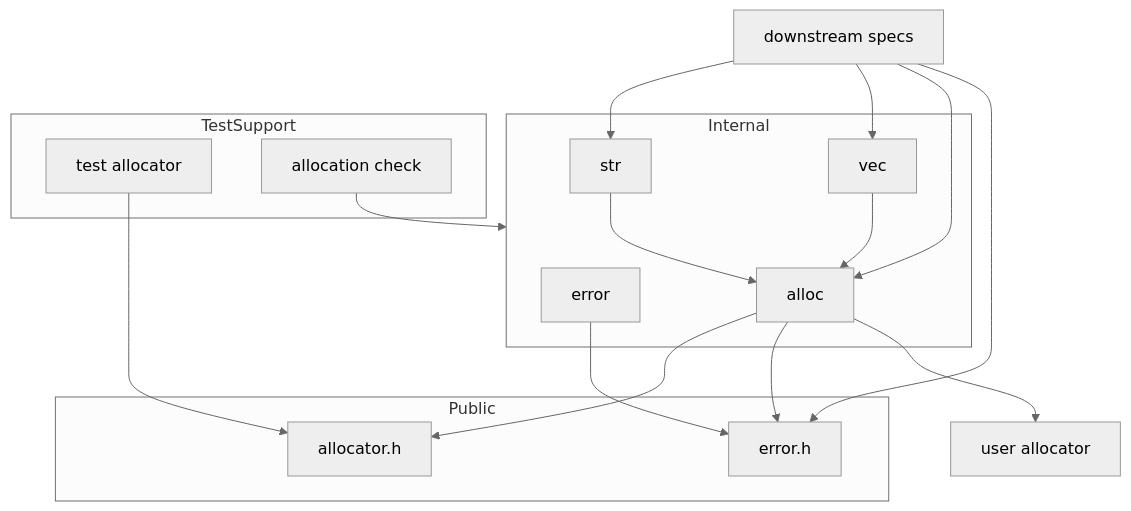
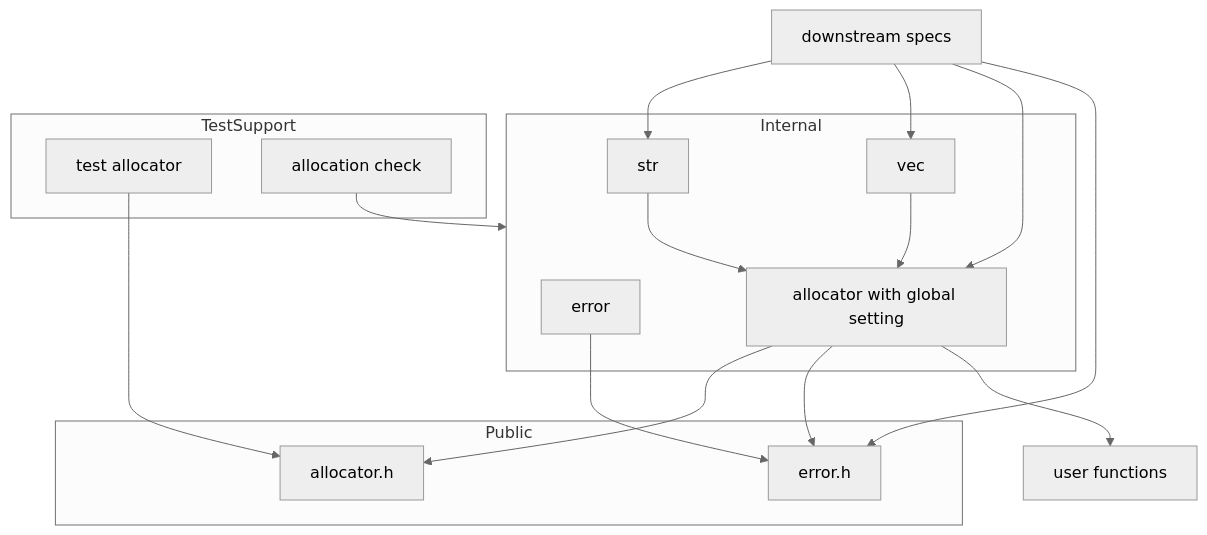
One commit to ktdevx/cargs changed the first of 2 diagrams in .kiro/specs/core-runtime/design.md. Above: the diagram before and after it, drawn with Mermaid (neutral theme). The commit also changed other lines of this file and 3 other files, not shown here.

First line of the commit message:
Rework core-runtime spec for a global allocator

````diff
--- a/.kiro/specs/core-runtime/design.md
+++ b/.kiro/specs/core-runtime/design.md
@@ -80,32 +90,32 @@
 ```mermaid
 graph TB
     subgraph Public
         ErrorH[error.h]
         AllocatorH[allocator.h]
     end
     subgraph Internal
         Error[error]
-        Alloc[alloc]
+        Allocator[allocator with global setting]
         Str[str]
         Vec[vec]
     end
     subgraph TestSupport
         TestAllocator[test allocator]
         Check[allocation check]
     end
     Downstream[downstream specs]
-    User[user allocator]
+    User[user functions]
 
     Error --> ErrorH
-    Alloc --> AllocatorH
-    Alloc --> ErrorH
-    Str --> Alloc
-    Vec --> Alloc
+    Allocator --> AllocatorH
+    Allocator --> ErrorH
+    Str --> Allocator
+    Vec --> Allocator
     Downstream --> Str
     Downstream --> Vec
-    Downstream --> Alloc
+    Downstream --> Allocator
     Downstream --> ErrorH
-    Alloc --> User
+    Allocator --> User
     TestAllocator --> AllocatorH
     Check --> Internal
 ```
````
